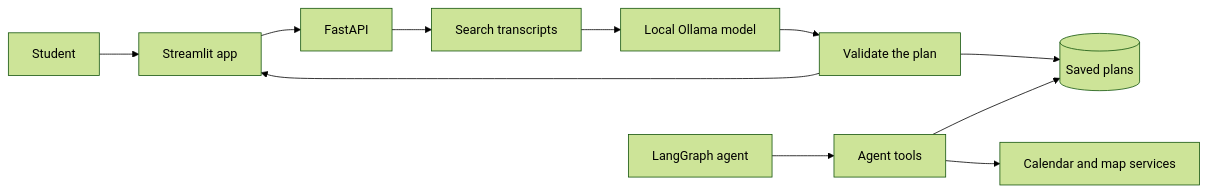
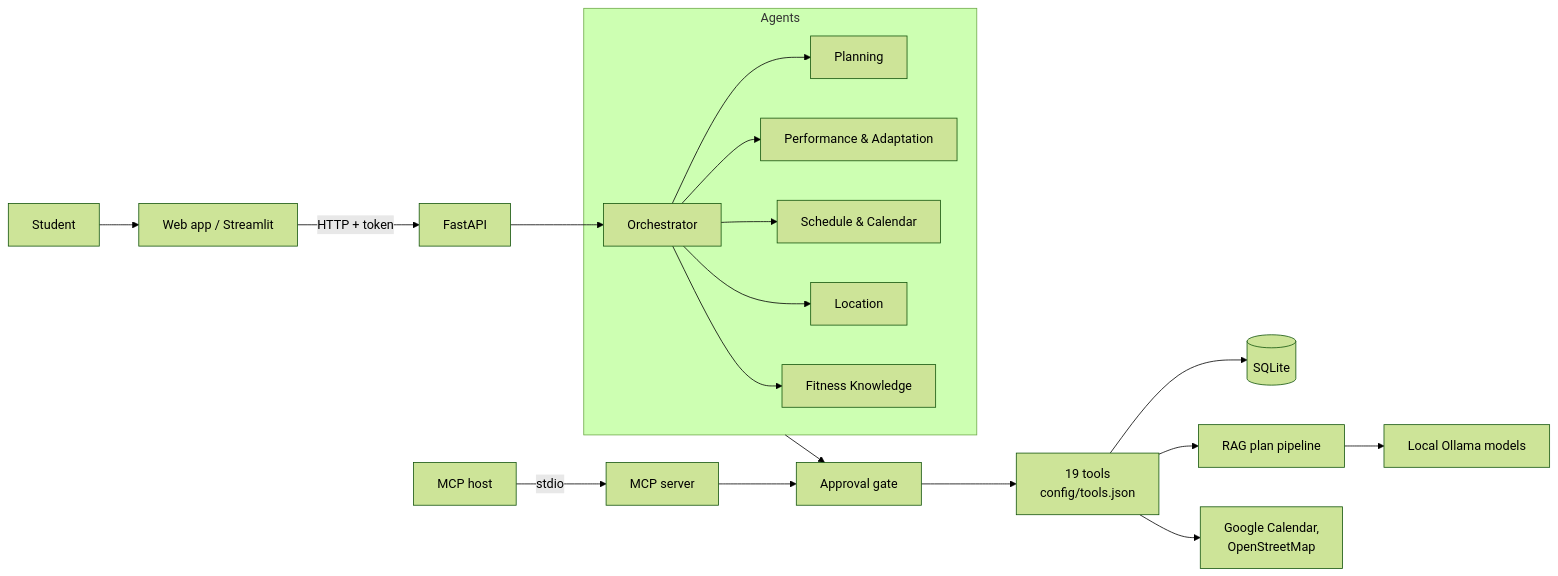
One commit to Kingflow-23/RepWise changed the diagram in README.md. Above: the diagram before and after it, drawn with Mermaid (forest theme). The commit also changed other lines of this file and 111 other files, not shown here.

````diff
--- a/README.md
+++ b/README.md
@@ -20,13 +23,21 @@
 ```mermaid
 flowchart LR
-    Student --> UI[Streamlit app]
-    UI --> API[FastAPI]
-    API --> Search[Search transcripts]
-    Search --> Model[Local Ollama model]
-    Model --> Validate[Validate the plan]
-    Validate --> DB[(Saved plans)]
-    Validate --> UI
-    Agent[LangGraph agent] --> Tools[Agent tools]
-    Tools --> DB
-    Tools --> Calendar[Calendar and map services]
+    Student --> UI[Web app / Streamlit]
+    UI -->|HTTP + token| API[FastAPI]
+    Host[MCP host] -->|stdio| MCP[MCP server]
+    API --> Orchestrator
+    subgraph Agents
+        Orchestrator --> Planning
+        Orchestrator --> Performance[Performance & Adaptation]
+        Orchestrator --> Schedule[Schedule & Calendar]
+        Orchestrator --> Location
+        Orchestrator --> Knowledge[Fitness Knowledge]
+    end
+    Agents --> Gate[Approval gate]
+    MCP --> Gate
+    Gate --> Tools[19 tools<br/>config/tools.json]
+    Tools --> DB[(SQLite)]
+    Tools --> RAG[RAG plan pipeline]
+    Tools --> Ext[Google Calendar,<br/>OpenStreetMap]
+    RAG --> Ollama[Local Ollama models]
 ```
````
